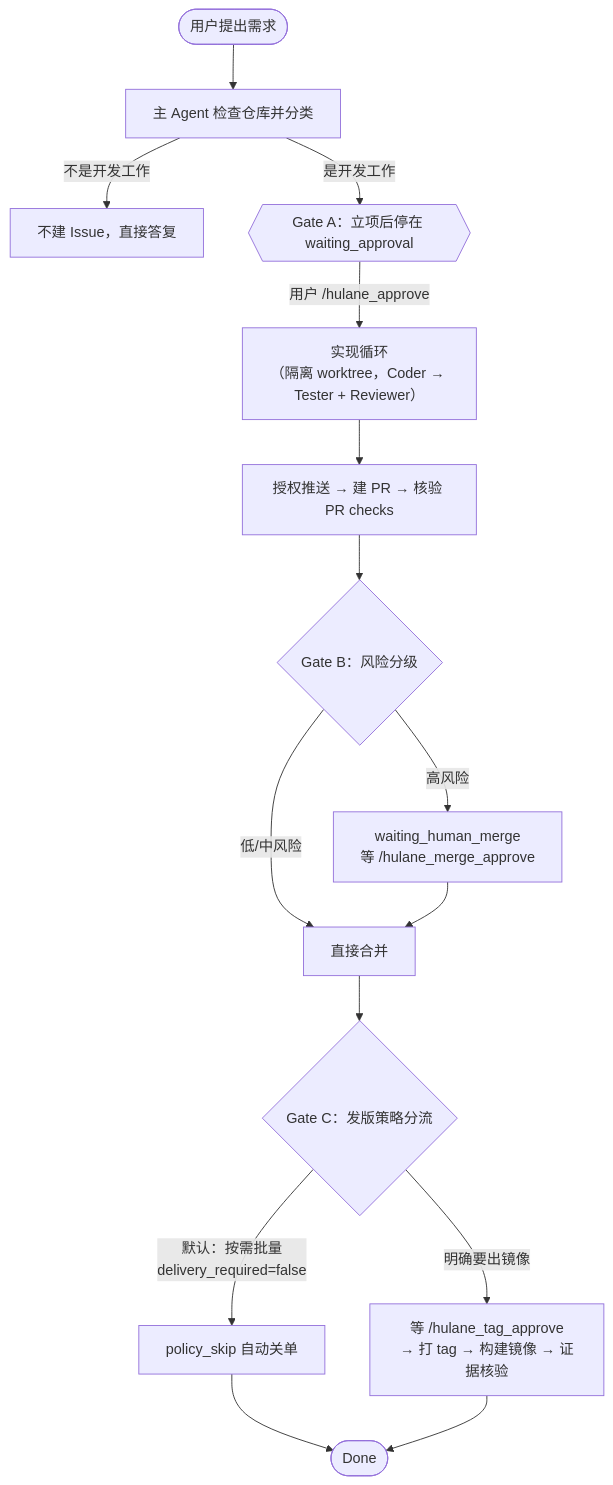
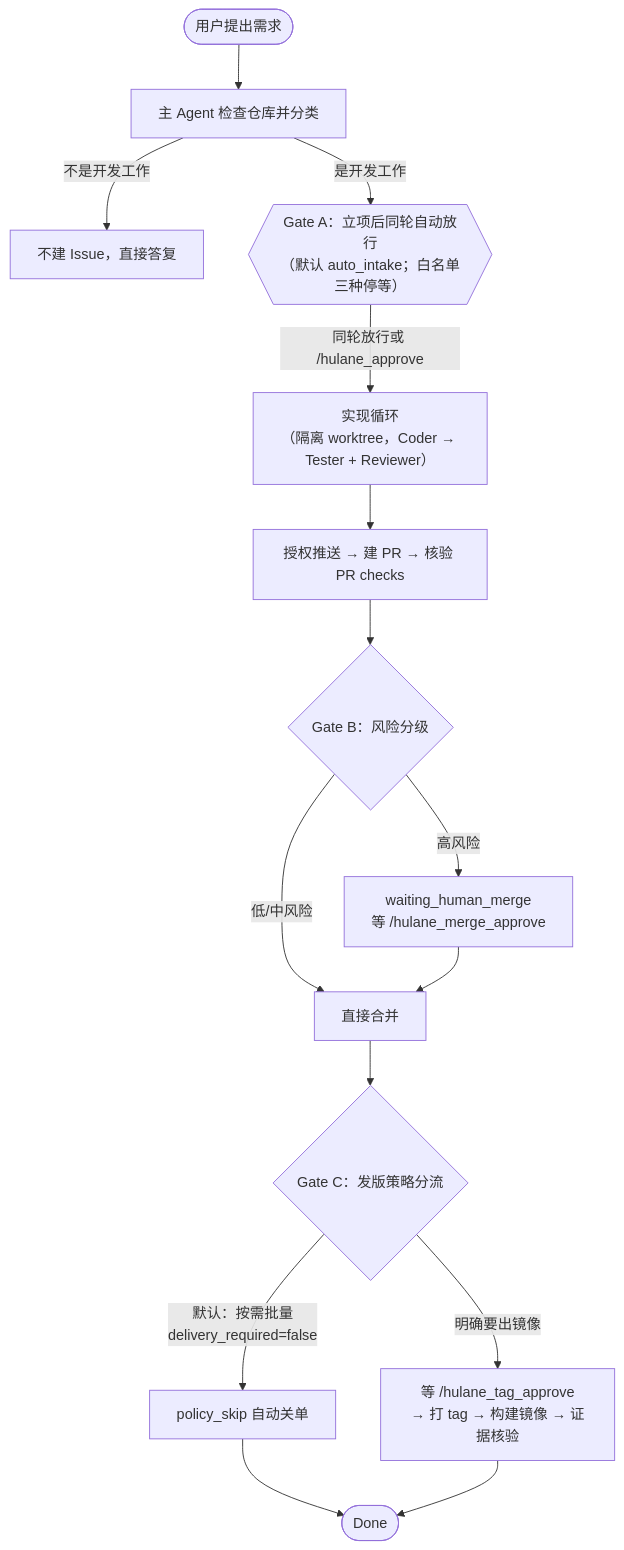
One commit to hutong236/hutong-zcode-marketplace changed the first of 10 diagrams in FLOWCHARTS.md. Above: the diagram before and after it, drawn with Mermaid. The commit also changed other lines of this file and 15 other files, not shown here.

First line of the commit message:
feat(hulane): Gate A 白名单化——开单同轮默认 auto_intake 自动放行,停等收窄为高风险/需求歧义/显式暂停 (REQ-7) (#8)

````diff
--- a/FLOWCHARTS.md
+++ b/FLOWCHARTS.md
@@ -12,14 +12,14 @@
 ```mermaid
 flowchart TD
   U(["用户提出需求"]) --> CL["主 Agent 检查仓库并分类"]
   CL -->|"不是开发工作"| NO["不建 Issue，直接答复"]
   CL -->|"是开发工作"| GA
-  GA{{"Gate A：立项后停在 waiting_approval"}} -->|"用户 /hulane_approve"| IMPL["实现循环<br>（隔离 worktree，Coder → Tester + Reviewer）"]
+  GA{{"Gate A：立项后同轮自动放行<br>（默认 auto_intake；白名单三种停等）"}} -->|"同轮放行或 /hulane_approve"| IMPL["实现循环<br>（隔离 worktree，Coder → Tester + Reviewer）"]
   IMPL --> PR["授权推送 → 建 PR → 核验 PR checks"]
   PR --> GB{"Gate B：风险分级"}
   GB -->|"低/中风险"| MG["直接合并"]
   GB -->|"高风险"| GHM["waiting_human_merge<br>等 /hulane_merge_approve"] --> MG
   MG --> POL{"Gate C：发版策略分流"}
   POL -->|"默认：按需批量<br>delivery_required=false"| SKIP["policy_skip 自动关单"] --> DONE(["Done"])
   POL -->|"明确要出镜像"| TAG["等 /hulane_tag_approve<br>→ 打 tag → 构建镜像 → 证据核验"] --> DONE
 ```
````
